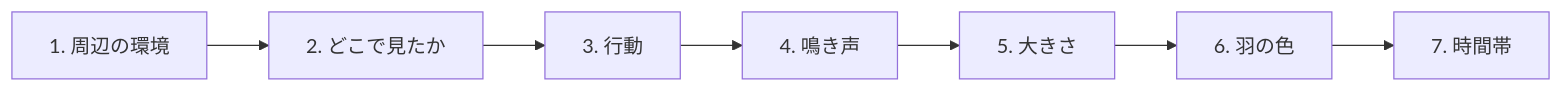
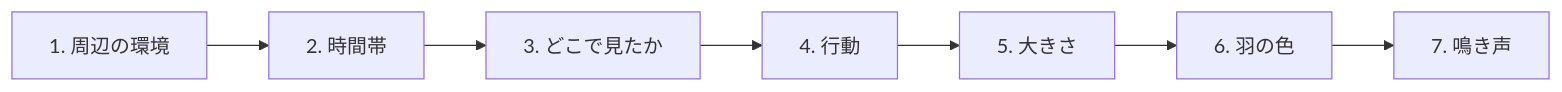
The third of 4 diagrams in docs/selection-options.md (uchi-stock/bird-finder), drawn with Mermaid before and after one commit. The commit also changed other lines of this file and 8 other files, not shown here.

````diff
--- a/docs/selection-options.md
+++ b/docs/selection-options.md
@@ -142,11 +142,11 @@
 ```mermaid
 flowchart LR
   S0["1. 周辺の環境"]
-  S1["2. どこで見たか"]
-  S2["3. 行動"]
-  S3["4. 鳴き声"]
+  S6["2. 時間帯"]
+  S1["3. どこで見たか"]
+  S2["4. 行動"]
   S4["5. 大きさ"]
   S5["6. 羽の色"]
-  S6["7. 時間帯"]
-  S0 --> S1 --> S2 --> S3 --> S4 --> S5 --> S6
+  S3["7. 鳴き声"]
+  S0 --> S6 --> S1 --> S2 --> S4 --> S5 --> S3
 ```
````
